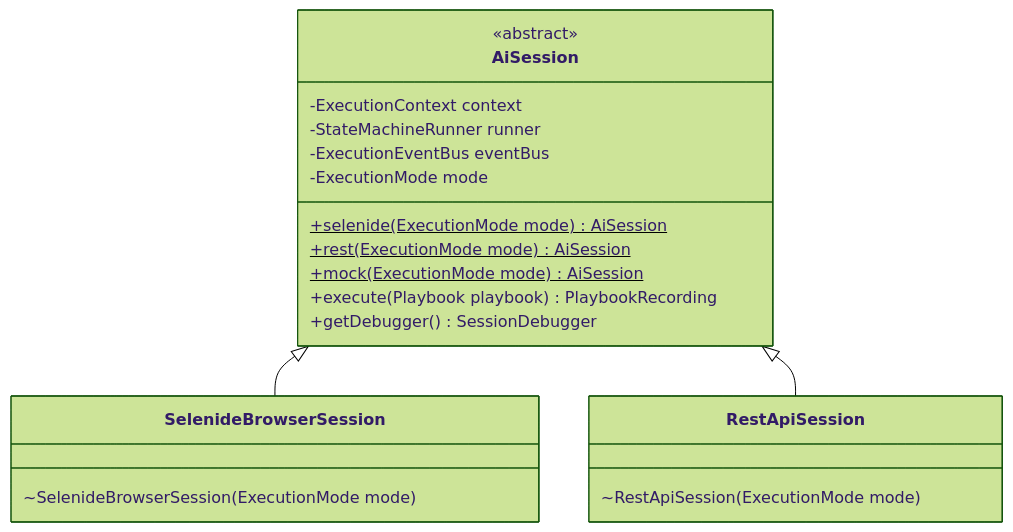
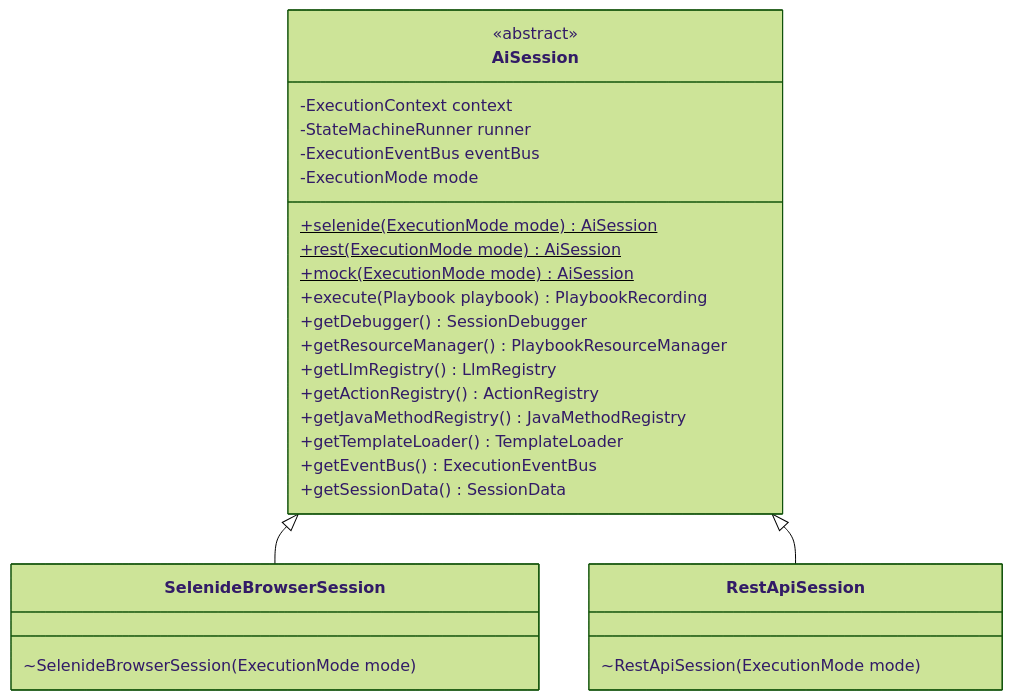
One commit to Xceptance/neodymium changed the third of 10 diagrams in doc/redesign-v2/architecture.md. Above: the diagram before and after it, drawn with Mermaid (forest theme). The commit also changed other lines of this file, not shown here.

Commit message:
docs: align architecture spec with user feedback on recovery and sanitization

````diff
--- a/doc/redesign-v2/architecture.md
+++ b/doc/redesign-v2/architecture.md
@@ -313,24 +424,31 @@
 ```mermaid
 classDiagram
     class AiSession {
         <<abstract>>
         -ExecutionContext context
         -StateMachineRunner runner
         -ExecutionEventBus eventBus
         -ExecutionMode mode
         +selenide(ExecutionMode mode) AiSession$
         +rest(ExecutionMode mode) AiSession$
         +mock(ExecutionMode mode) AiSession$
         +execute(Playbook playbook) PlaybookRecording
         +getDebugger() SessionDebugger
+        +getResourceManager() PlaybookResourceManager
+        +getLlmRegistry() LlmRegistry
+        +getActionRegistry() ActionRegistry
+        +getJavaMethodRegistry() JavaMethodRegistry
+        +getTemplateLoader() TemplateLoader
+        +getEventBus() ExecutionEventBus
+        +getSessionData() SessionData
     }
     class SelenideBrowserSession {
         ~SelenideBrowserSession(ExecutionMode mode)
     }
     class RestApiSession {
         ~RestApiSession(ExecutionMode mode)
     }
 
     AiSession <|-- SelenideBrowserSession
     AiSession <|-- RestApiSession
 ```
````
